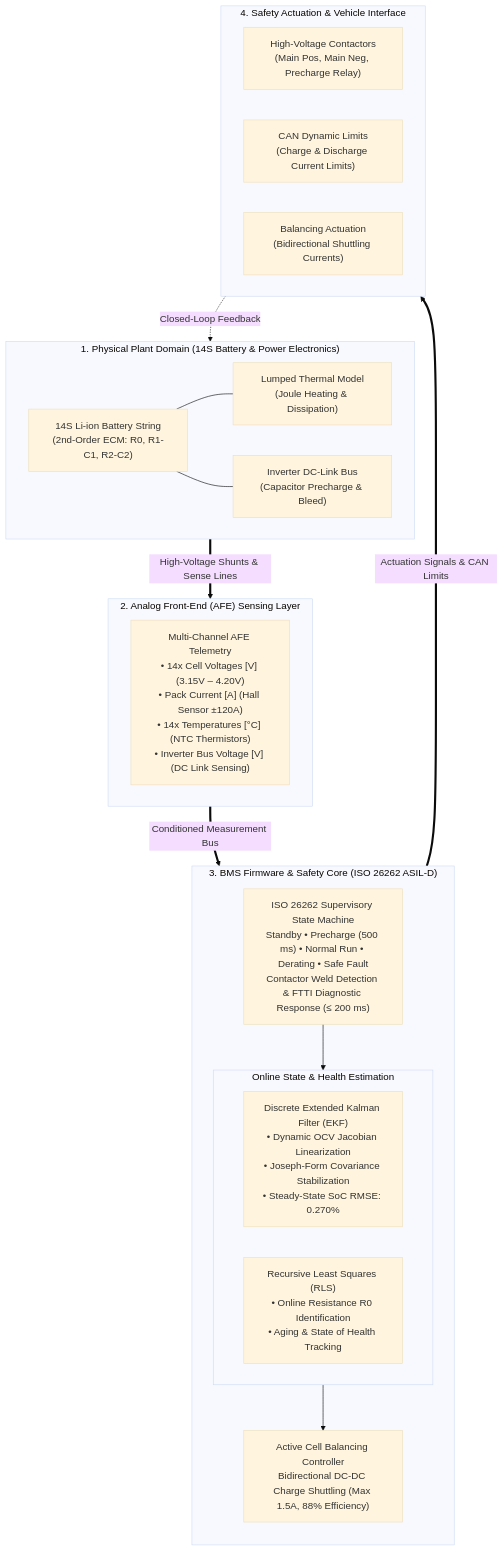
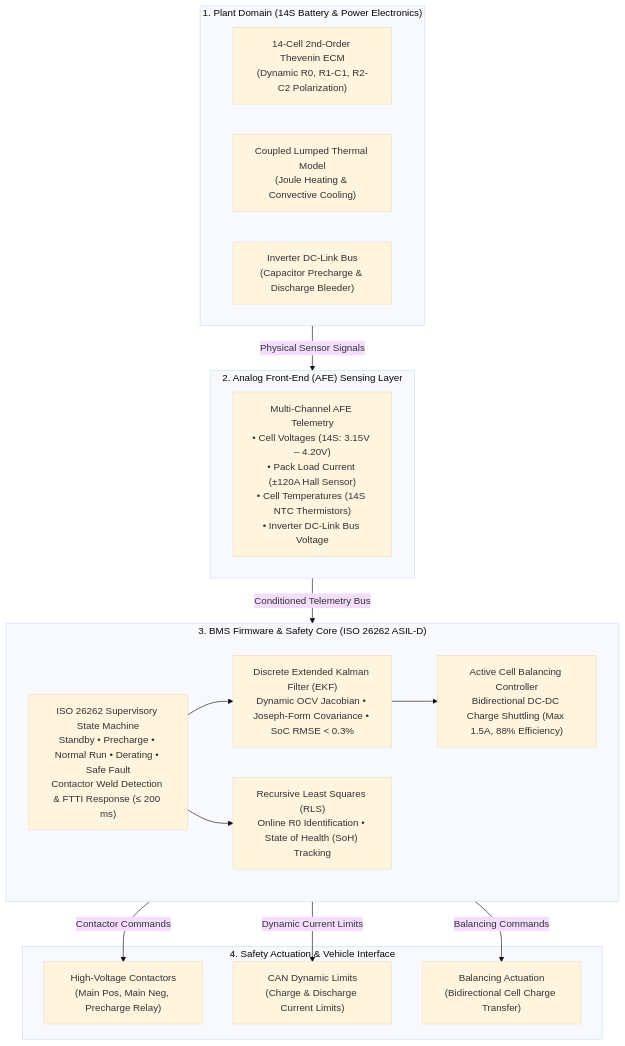
The diagram in README.md (prahas12/EV-BMS-ISO26262-EKF-ActiveBalancing), drawn with Mermaid (base theme) before and after one commit. The commit also changed other lines of this file and 2 other files, not shown here.

Commit message:
Fix GitHub display math formatting and streamline Mermaid diagram

````diff
--- a/README.md
+++ b/README.md
@@ -16,44 +14,36 @@
 ```mermaid
 flowchart TD
-    subgraph PLANT ["1. Physical Plant Domain (14S Battery & Power Electronics)"]
-        direction LR
-        BATT["14S Li-ion Battery String<br/>(2nd-Order ECM: R0, R1-C1, R2-C2)"]
-        THERMAL["Lumped Thermal Model<br/>(Joule Heating & Dissipation)"]
-        INVERTER["Inverter DC-Link Bus<br/>(Capacitor Precharge & Bleed)"]
-        BATT --- THERMAL
-        BATT --- INVERTER
+    subgraph PLANT ["1. Plant Domain (14S Battery & Power Electronics)"]
+        ECM["14-Cell 2nd-Order Thevenin ECM<br/>(Dynamic R0, R1-C1, R2-C2 Polarization)"]
+        THERMAL["Coupled Lumped Thermal Model<br/>(Joule Heating & Convective Cooling)"]
+        INVERTER["Inverter DC-Link Bus<br/>(Capacitor Precharge & Discharge Bleeder)"]
     end
 
-    subgraph AFE ["2. Analog Front-End (AFE) Sensing Layer"]
-        direction LR
-        AFE_SENSE["Multi-Channel AFE Telemetry<br/>• 14x Cell Voltages [V] (3.15V – 4.20V)<br/>• Pack Current [A] (Hall Sensor ±120A)<br/>• 14x Temperatures [°C] (NTC Thermistors)<br/>• Inverter Bus Voltage [V] (DC Link Sensing)"]
+    subgraph SENSING ["2. Analog Front-End (AFE) Sensing Layer"]
+        AFE["Multi-Channel AFE Telemetry<br/>• Cell Voltages (14S: 3.15V – 4.20V)<br/>• Pack Load Current (±120A Hall Sensor)<br/>• Cell Temperatures (14S NTC Thermistors)<br/>• Inverter DC-Link Bus Voltage"]
     end
 
-    subgraph BMS ["3. BMS Firmware & Safety Core (ISO 26262 ASIL-D)"]
-        direction TB
-        FSM["ISO 26262 Supervisory State Machine<br/>Standby • Precharge (500 ms) • Normal Run • Derating • Safe Fault<br/>Contactor Weld Detection & FTTI Diagnostic Response (≤ 200 ms)"]
+    subgraph CORE ["3. BMS Firmware & Safety Core (ISO 26262 ASIL-D)"]
+        FSM["ISO 26262 Supervisory State Machine<br/>Standby • Precharge • Normal Run • Derating • Safe Fault<br/>Contactor Weld Detection & FTTI Response (≤ 200 ms)"]
         
-        subgraph ESTIMATION ["Online State & Health Estimation"]
-            direction LR
-            EKF["Discrete Extended Kalman Filter (EKF)<br/>• Dynamic OCV Jacobian Linearization<br/>• Joseph-Form Covariance Stabilization<br/>• Steady-State SoC RMSE: 0.270%"]
-            RLS["Recursive Least Squares (RLS)<br/>• Online Resistance R0 Identification<br/>• Aging & State of Health Tracking"]
-        end
-
+        EKF["Discrete Extended Kalman Filter (EKF)<br/>Dynamic OCV Jacobian • Joseph-Form Covariance • SoC RMSE &lt; 0.3%"]
+        RLS["Recursive Least Squares (RLS)<br/>Online R0 Identification • State of Health (SoH) Tracking"]
         BAL["Active Cell Balancing Controller<br/>Bidirectional DC-DC Charge Shuttling (Max 1.5A, 88% Efficiency)"]
-
-        FSM --> ESTIMATION
-        ESTIMATION --> BAL
+        
+        FSM --> EKF
+        FSM --> RLS
+        EKF --> BAL
     end
 
     subgraph ACTUATION ["4. Safety Actuation & Vehicle Interface"]
-        direction LR
         CONTACTORS["High-Voltage Contactors<br/>(Main Pos, Main Neg, Precharge Relay)"]
         DERATE["CAN Dynamic Limits<br/>(Charge & Discharge Current Limits)"]
-        BAL_ACT["Balancing Actuation<br/>(Bidirectional Shuttling Currents)"]
+        BAL_ACT["Balancing Actuation<br/>(Bidirectional Cell Charge Transfer)"]
     end
 
-    PLANT ==>|High-Voltage Shunts & Sense Lines| AFE
-    AFE ==>|Conditioned Measurement Bus| BMS
-    BMS ==>|Actuation Signals & CAN Limits| ACTUATION
-    ACTUATION -.->|Closed-Loop Feedback| PLANT
+    PLANT -->|Physical Sensor Signals| SENSING
+    SENSING -->|Conditioned Telemetry Bus| CORE
+    CORE -->|Contactor Commands| CONTACTORS
+    CORE -->|Dynamic Current Limits| DERATE
+    CORE -->|Balancing Commands| BAL_ACT
 ```
````
